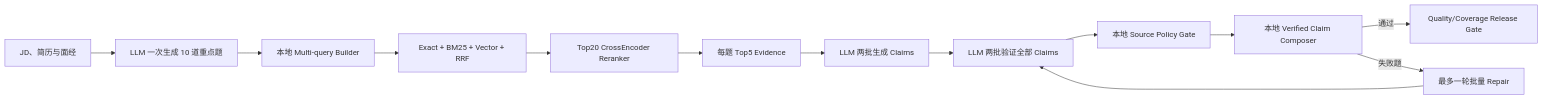
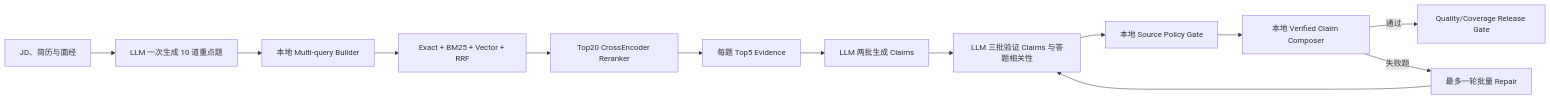
Before and after one commit to Yonhen233/CareerAgent: the diagram in docs/ARCHITECTURE.md, drawn with Mermaid. The commit also changed other lines of this file and 17 other files, not shown here.

````diff
--- a/docs/ARCHITECTURE.md
+++ b/docs/ARCHITECTURE.md
@@ -65,15 +65,15 @@
 ```mermaid
 flowchart LR
     A["JD、简历与面经"] --> B["LLM 一次生成 10 道重点题"]
     B --> C["本地 Multi-query Builder"]
     C --> D["Exact + BM25 + Vector + RRF"]
     D --> E["Top20 CrossEncoder Reranker"]
     E --> F["每题 Top5 Evidence"]
     F --> G["LLM 两批生成 Claims"]
-    G --> H["LLM 两批验证全部 Claims"]
+    G --> H["LLM 三批验证 Claims 与答题相关性"]
     H --> I["本地 Source Policy Gate"]
     I --> J["本地 Verified Claim Composer"]
     J -->|"通过"| K["Quality/Coverage Release Gate"]
     J -->|"失败题"| L["最多一轮批量 Repair"]
     L --> H
 ```
````
